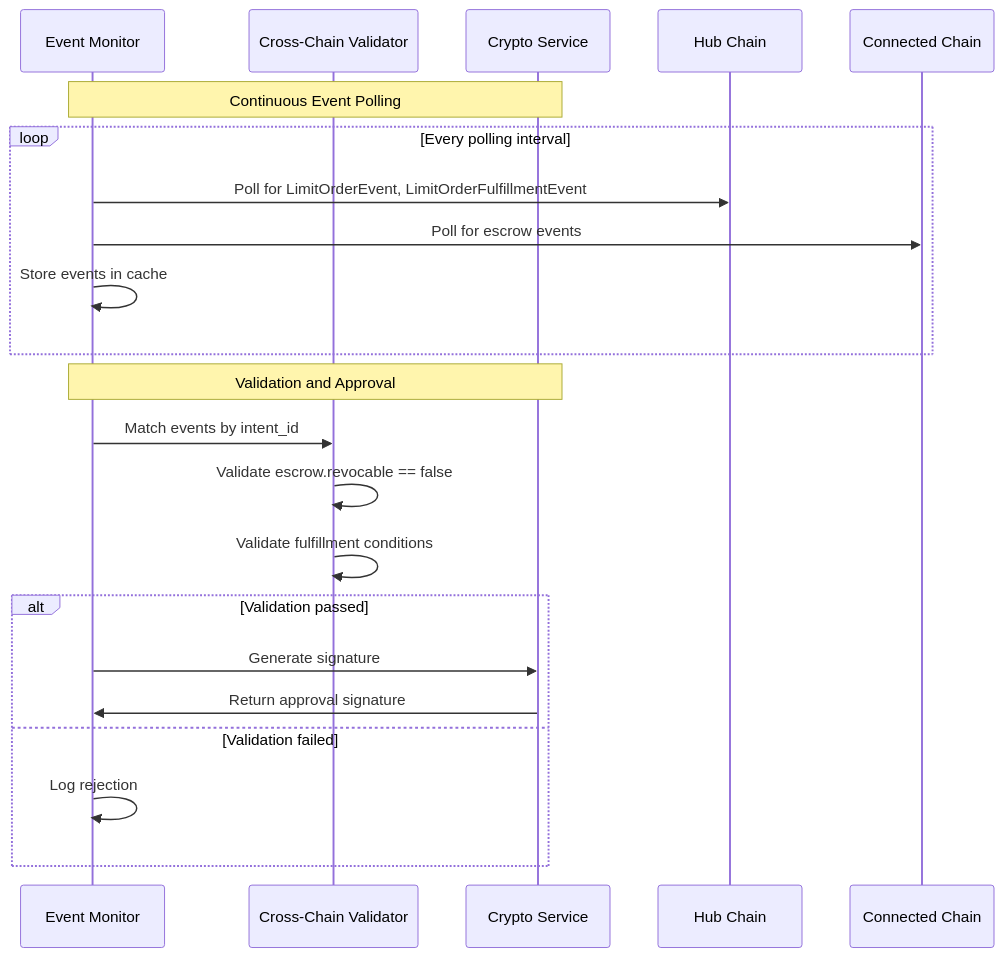
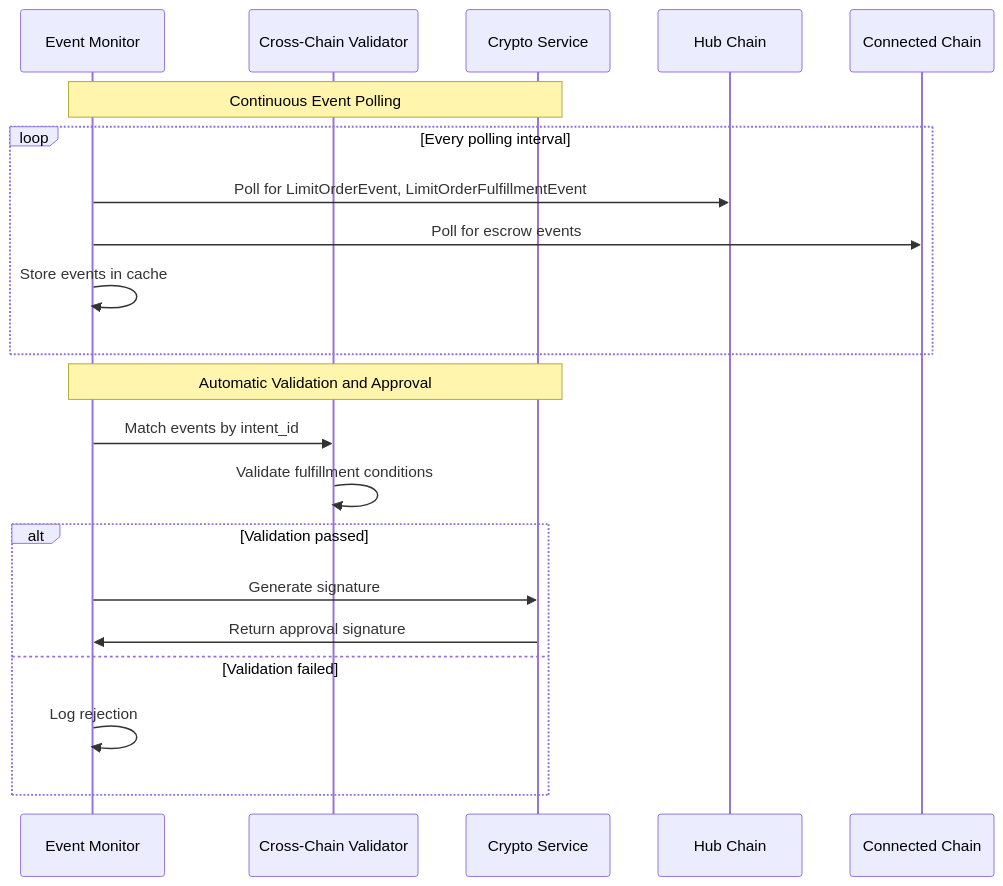
The third of 4 diagrams in docs/protocol.md (apenzk/int3nts), drawn with Mermaid before and after one commit. The commit also changed other lines of this file and 3 other files, not shown here.

````diff
--- a/docs/protocol.md
+++ b/docs/protocol.md
@@ -200,24 +205,23 @@
 ```mermaid
 sequenceDiagram
     participant Monitor as Event Monitor
     participant Validator as Cross-Chain Validator
     participant Crypto as Crypto Service
 
     Note over Monitor,Crypto: Continuous Event Polling
     loop Every polling interval
         Monitor->>Hub Chain: Poll for LimitOrderEvent, LimitOrderFulfillmentEvent
         Monitor->>Connected Chain: Poll for escrow events
         Monitor->>Monitor: Store events in cache
     end
 
-    Note over Monitor,Crypto: Validation and Approval
+    Note over Monitor,Crypto: Automatic Validation and Approval
     Monitor->>Validator: Match events by intent_id
-    Validator->>Validator: Validate escrow.revocable == false
     Validator->>Validator: Validate fulfillment conditions
     alt Validation passed
         Monitor->>Crypto: Generate signature
         Crypto->>Monitor: Return approval signature
     else Validation failed
         Monitor->>Monitor: Log rejection
     end
 ```
````
